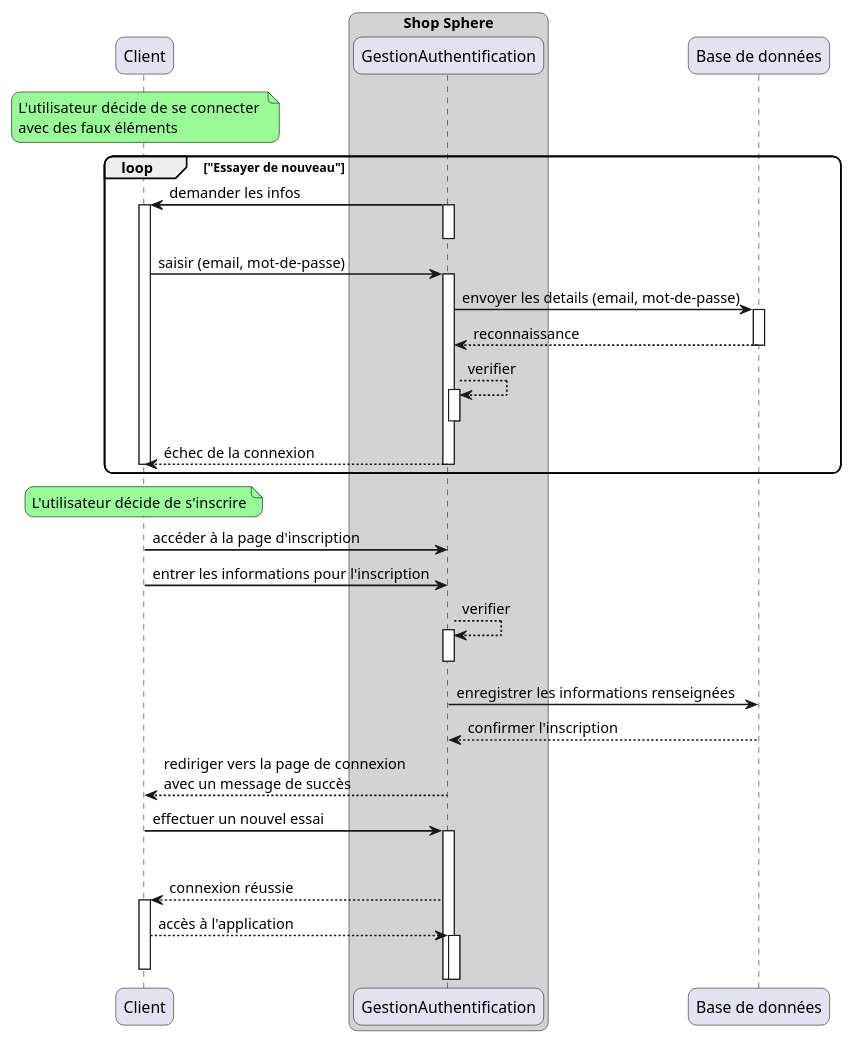
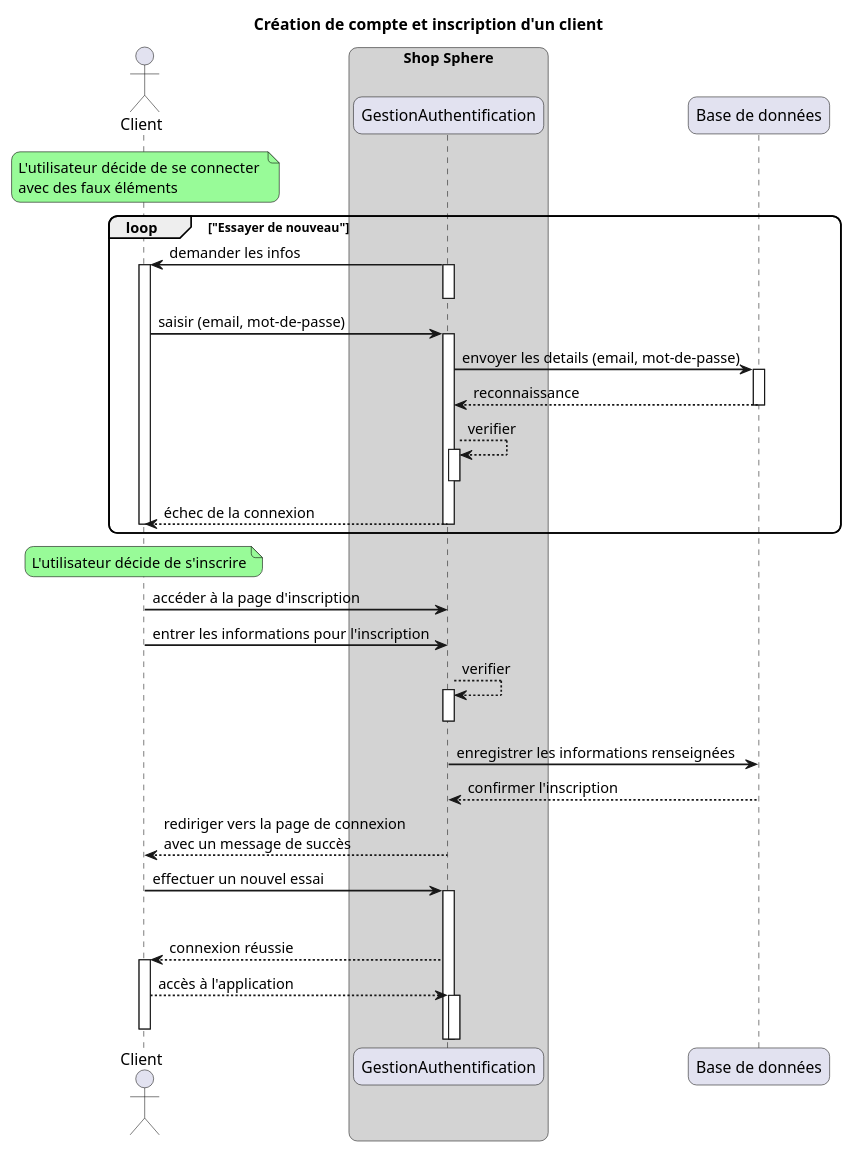
Before and after one commit to achrafZer/shop-sphere-backend: the diagram in diagrams/Authentification&Inscription.puml, drawn with PlantUML. The commit also changed 1 other file, not shown here.

Commit message:
diagrams : final version of the first sequence diagram

```diff
--- a/diagrams/Authentification&Inscription.puml
+++ b/diagrams/Authentification&Inscription.puml
@@ -1,67 +1,68 @@
 @startuml
 
+title Création de compte et inscription d'un client
 
 skinparam BoxPadding 10
 skinparam sequenceArrowThickness 1.5
 skinparam roundcorner 15
 skinparam NoteBackgroundColor palegreen
 skinparam NoteBorderColor black
 
-participant "Client" as U
+actor "Client" as U
 note over U: L'utilisateur décide de se connecter \navec des faux éléments
 
 box "Shop Sphere" #LightGrey
     participant "GestionAuthentification" as GA
 end box
 participant "Base de données" as DB
 
 loop "Essayer de nouveau"
 GA -> U: demander les infos
 activate U
 activate GA
 deactivate GA
 
 U -> GA: saisir (email, mot-de-passe)
 activate GA
 
 GA -> DB: envoyer les details (email, mot-de-passe)
 activate DB
 DB --> GA: reconnaissance
 deactivate DB
 
 GA --> GA: verifier
 activate GA
 deactivate GA
 
 GA --> U: échec de la connexion
 
 deactivate GA
 deactivate U
 end loop
 
 
 
 note over U: L'utilisateur décide de s'inscrire
 
 U -> GA: accéder à la page d'inscription
 U -> GA: entrer les informations pour l'inscription
 
 GA --> GA: verifier
 activate GA
 deactivate GA
 
 GA -> DB: enregistrer les informations renseignées
 DB --> GA: confirmer l'inscription
 GA --> U: rediriger vers la page de connexion \navec un message de succès
 
 U -> GA: effectuer un nouvel essai
 activate GA
 
 deactivate U
 GA --> U: connexion réussie
 activate U
 U --> GA: accès à l'application
 activate GA
 deactivate U
 
 @enduml
```
